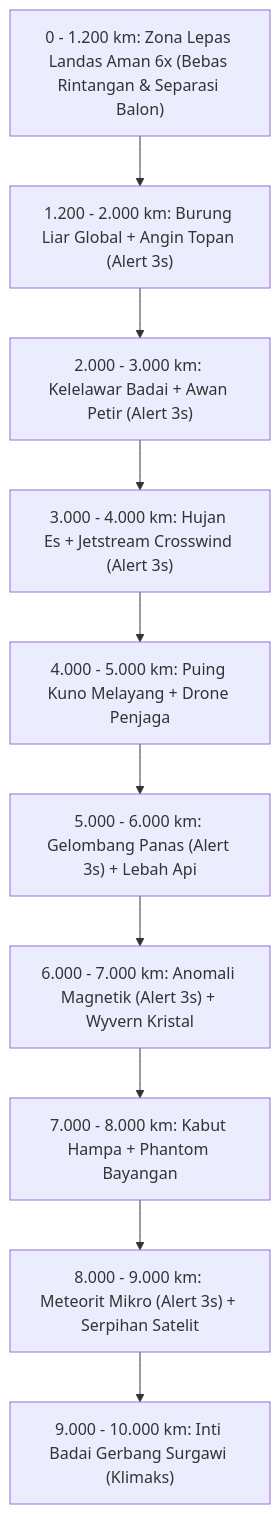
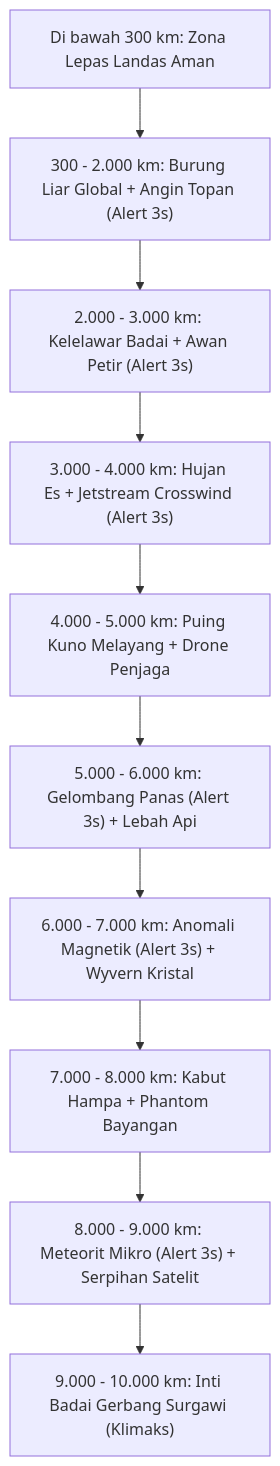
Before and after one commit to fahmad26/fly_high: the fourth of 5 diagrams in PRD_Fly_High.md, drawn with Mermaid. The commit also changed other lines of this file and 25 other files, not shown here.

````diff
--- a/PRD_Fly_High.md
+++ b/PRD_Fly_High.md
@@ -287,12 +288,12 @@
 ```mermaid
 flowchart TD
-    Z0["0 - 1.200 km: Zona Lepas Landas Aman 6x (Bebas Rintangan & Separasi Balon)"] --> Z1["1.200 - 2.000 km: Burung Liar Global + Angin Topan (Alert 3s)"]
+    Z0["Di bawah 300 km: Zona Lepas Landas Aman"] --> Z1["300 - 2.000 km: Burung Liar Global + Angin Topan (Alert 3s)"]
     Z1 --> Z2["2.000 - 3.000 km: Kelelawar Badai + Awan Petir (Alert 3s)"]
     Z2 --> Z3["3.000 - 4.000 km: Hujan Es + Jetstream Crosswind (Alert 3s)"]
     Z3 --> Z4["4.000 - 5.000 km: Puing Kuno Melayang + Drone Penjaga"]
     Z4 --> Z5["5.000 - 6.000 km: Gelombang Panas (Alert 3s) + Lebah Api"]
     Z5 --> Z6["6.000 - 7.000 km: Anomali Magnetik (Alert 3s) + Wyvern Kristal"]
     Z6 --> Z7["7.000 - 8.000 km: Kabut Hampa + Phantom Bayangan"]
     Z7 --> Z8["8.000 - 9.000 km: Meteorit Mikro (Alert 3s) + Serpihan Satelit"]
     Z8 --> Z9["9.000 - 10.000 km: Inti Badai Gerbang Surgawi (Klimaks)"]
 ```
````
